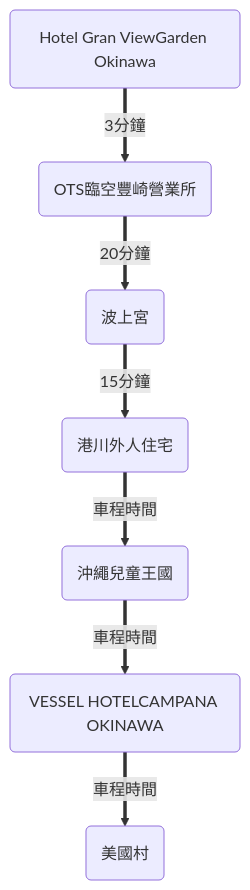
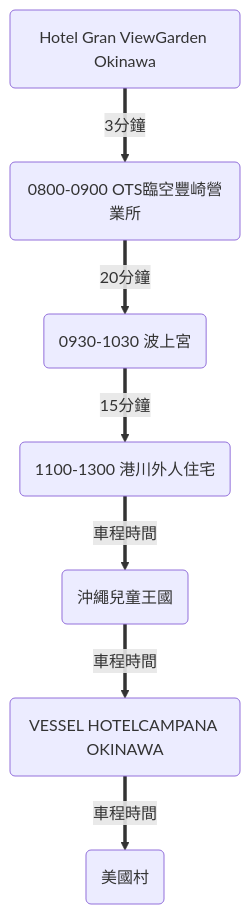
One commit to wilder640/trip changed the second of 6 diagrams in docs/blog/posts/okinawa/okinawa-2024-12/okinawa-2024-12.md. Above: the diagram before and after it, drawn with Mermaid. The commit also changed other lines of this file and 6 other files, not shown here.

````diff
--- a/docs/blog/posts/okinawa/okinawa-2024-12/okinawa-2024-12.md
+++ b/docs/blog/posts/okinawa/okinawa-2024-12/okinawa-2024-12.md
@@ -163,19 +179,19 @@
 ``` mermaid
 graph TD
     A == 3分鐘 ==> B == 20分鐘 ==> C  == 15分鐘 ==> D == 車程時間 ==> E == 車程時間 ==> F == 車程時間 ==> G
         
     A(Hotel Gran ViewGarden Okinawa)
-    B(OTS臨空豐崎營業所)
-    C(波上宮)
-    D(港川外人住宅)
+    B(0800-0900 OTS臨空豐崎營業所)
+    C(0930-1030 波上宮)
+    D(1100-1300 港川外人住宅)
     E(沖繩兒童王國)
     F(VESSEL HOTELCAMPANA OKINAWA)
     G(美國村)
 
 	click B "#ots臨空豐崎營業所"
 	click C "#波上宮"
 	click D "#港川外人住宅"
 	click E "#沖繩兒童王國"
 	click F "#vessel-hotelcampana-okinawa"
 	click G "#美國村"
 ```
````
